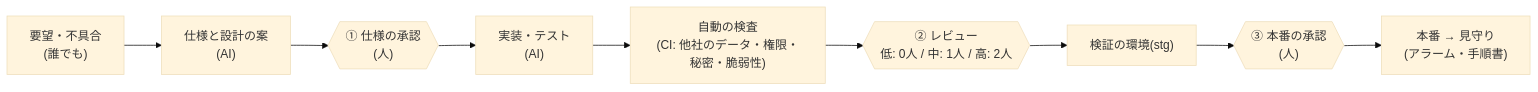
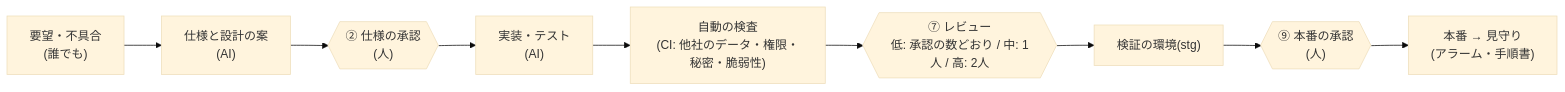
One commit to attumkwg/software-factory-starter changed the diagram in docs/kit/one-pager.md. Above: the diagram before and after it, drawn with Mermaid (base theme). The commit also changed other lines of this file and 51 other files, not shown here.

````diff
--- a/docs/kit/one-pager.md
+++ b/docs/kit/one-pager.md
@@ -14,11 +14,11 @@
 ```mermaid
 flowchart LR
   A["要望・不具合<br/>(誰でも)"] --> B["仕様と設計の案<br/>(AI)"]
-  B --> H1{{"① 仕様の承認<br/>(人)"}}
+  B --> H1{{"② 仕様の承認<br/>(人)"}}
   H1 --> C["実装・テスト<br/>(AI)"]
   C --> D["自動の検査<br/>(CI: 他社のデータ・権限・秘密・脆弱性)"]
-  D --> H2{{"② レビュー<br/>低: 0人 / 中: 1人 / 高: 2人"}}
+  D --> H2{{"⑦ レビュー<br/>低: 承認の数どおり / 中: 1人 / 高: 2人"}}
   H2 --> E["検証の環境(stg)"]
-  E --> H3{{"③ 本番の承認<br/>(人)"}}
+  E --> H3{{"⑨ 本番の承認<br/>(人)"}}
   H3 --> F["本番 → 見守り<br/>(アラーム・手順書)"]
 ```
````
